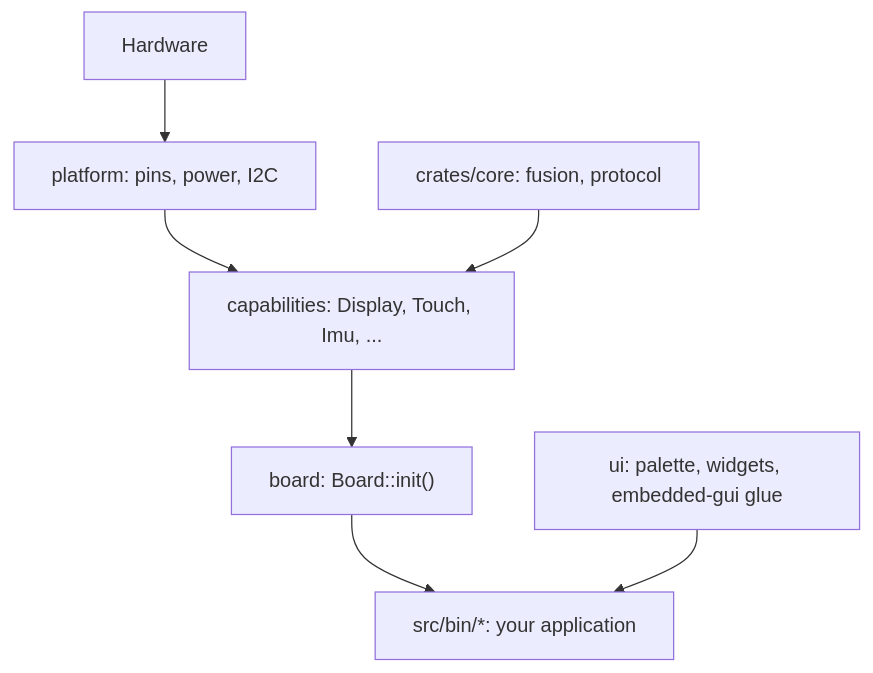
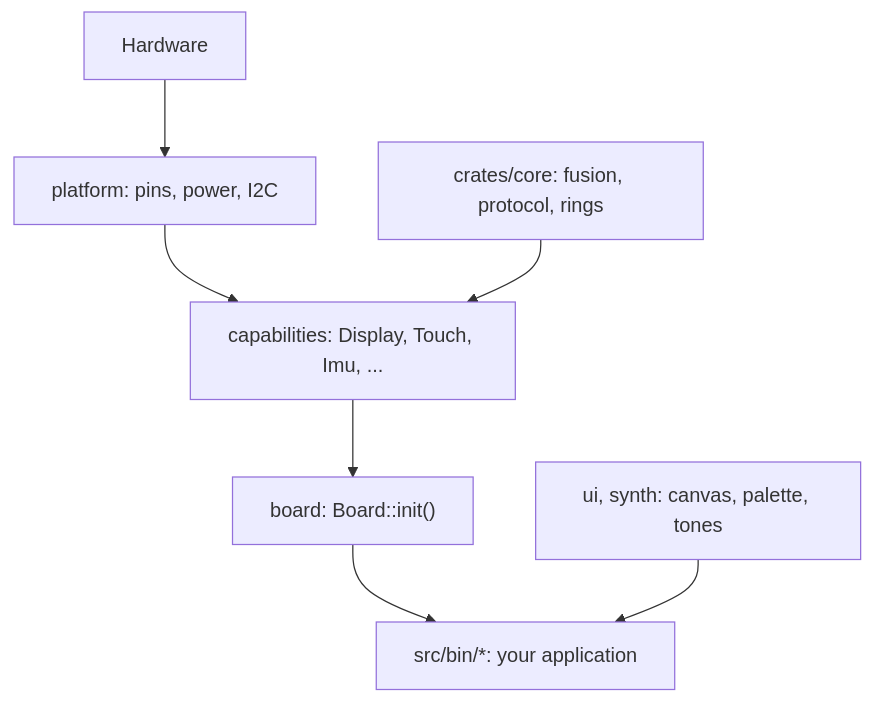
The first of 6 diagrams in docs/architecture.md (wackazong/hackandhike-2026), drawn with Mermaid before and after one commit. The commit also changed other lines of this file and 2 other files, not shown here.

First line of the commit message:
docs: README for the first hour, architecture for the machinery

````diff
--- a/docs/architecture.md
+++ b/docs/architecture.md
@@ -23,9 +24,9 @@
 ```mermaid
 flowchart TD
     Hardware["Hardware"] --> Platform["platform: pins, power, I2C"]
     Platform --> Capabilities["capabilities: Display, Touch, Imu, ..."]
-    Core["crates/core: fusion, protocol"] --> Capabilities
+    Core["crates/core: fusion, protocol, rings"] --> Capabilities
     Capabilities --> Board["board: Board::init()"]
     Board --> App["src/bin/*: your application"]
-    UI["ui: palette, widgets, embedded-gui glue"] --> App
+    UI["ui, synth: canvas, palette, tones"] --> App
 ```
````
